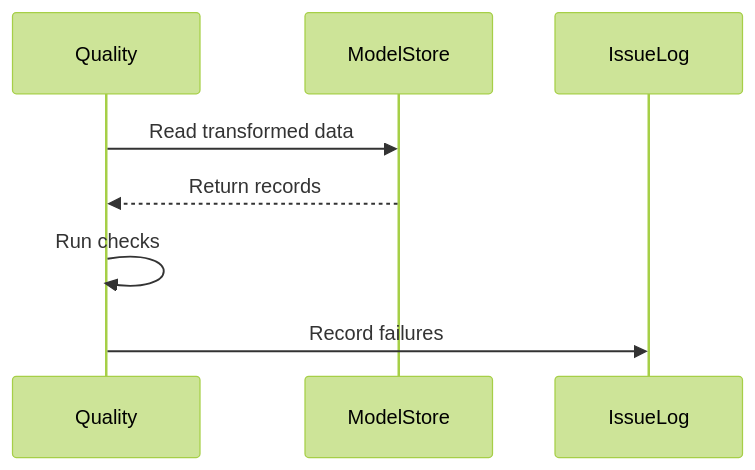
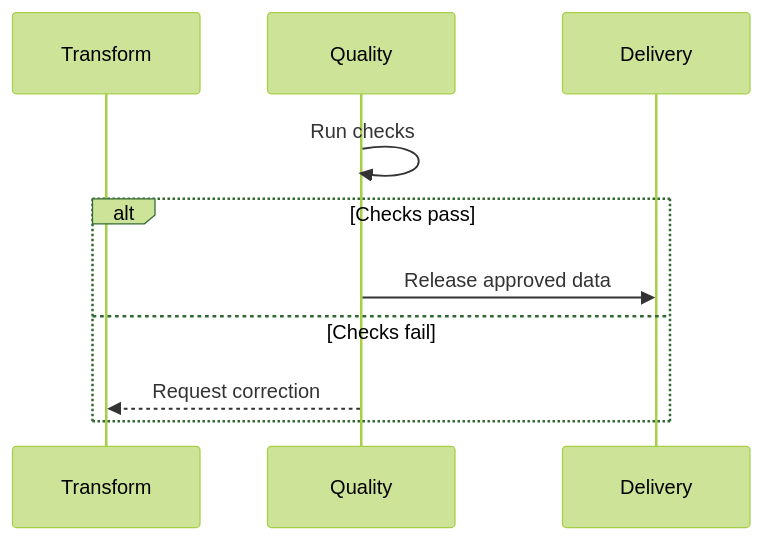
Before and after one commit to mols3131d/mols-agent-assets: the sixth of 6 diagrams in src/rulesync/.rulesync/skills/mols-mermaid-diagram/references/examples/sequence-diagram.md, drawn with Mermaid (forest theme). The commit also changed other lines of this file and 17 other files, not shown here.

Commit message:
feat(mermaid): viewport 및 reference 지침 개선

````diff
--- a/src/rulesync/.rulesync/skills/mols-mermaid-diagram/references/examples/sequence-diagram.md
+++ b/src/rulesync/.rulesync/skills/mols-mermaid-diagram/references/examples/sequence-diagram.md
@@ -142,11 +115,13 @@
 ```mermaid
 sequenceDiagram
+    participant Transform
     participant Quality
-    participant ModelStore
-    participant IssueLog
+    participant Delivery
 
-    Quality->>ModelStore: Read transformed data
-    ModelStore-->>Quality: Return records
     Quality->>Quality: Run checks
-    Quality->>IssueLog: Record failures
+    alt Checks pass
+        Quality->>Delivery: Release approved data
+    else Checks fail
+        Quality-->>Transform: Request correction
+    end
 ```
````
